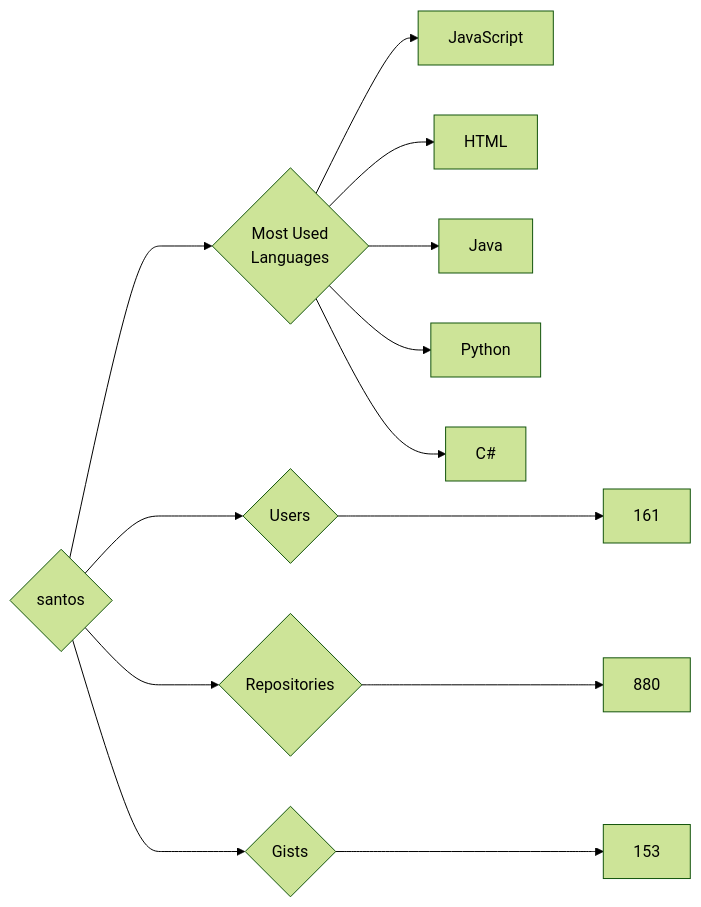
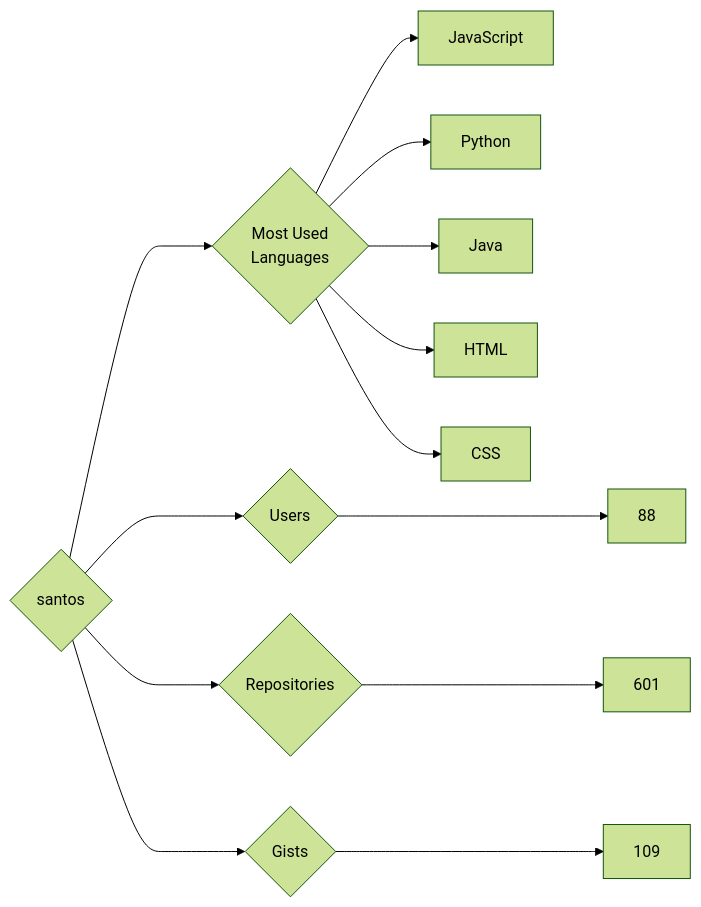
The diagram in targets/santos/README.md (trickest/insiders), drawn with Mermaid (forest theme) before and after one commit. The commit also changed 861 other files, not shown here.

````diff
--- a/targets/santos/README.md
+++ b/targets/santos/README.md
@@ -3,13 +3,13 @@
 ```mermaid
 graph LR
 COMPANY_NAME{santos}
-COMPANY_NAME ---> U{Users} ---> UN[161]
-COMPANY_NAME ---> R{Repositories} ---> RN[880]
-COMPANY_NAME ---> G{Gists} ---> GN[153]
+COMPANY_NAME ---> U{Users} ---> UN[88]
+COMPANY_NAME ---> R{Repositories} ---> RN[601]
+COMPANY_NAME ---> G{Gists} ---> GN[109]
 COMPANY_NAME ---> ML{Most Used<br>Languages}
 ML --> JavaScript[JavaScript]
+ML --> Python[Python]
+ML --> Java[Java]
 ML --> HTML[HTML]
-ML --> Java[Java]
-ML --> Python[Python]
-ML --> C#[C#]
+ML --> CSS[CSS]
 ```
````
